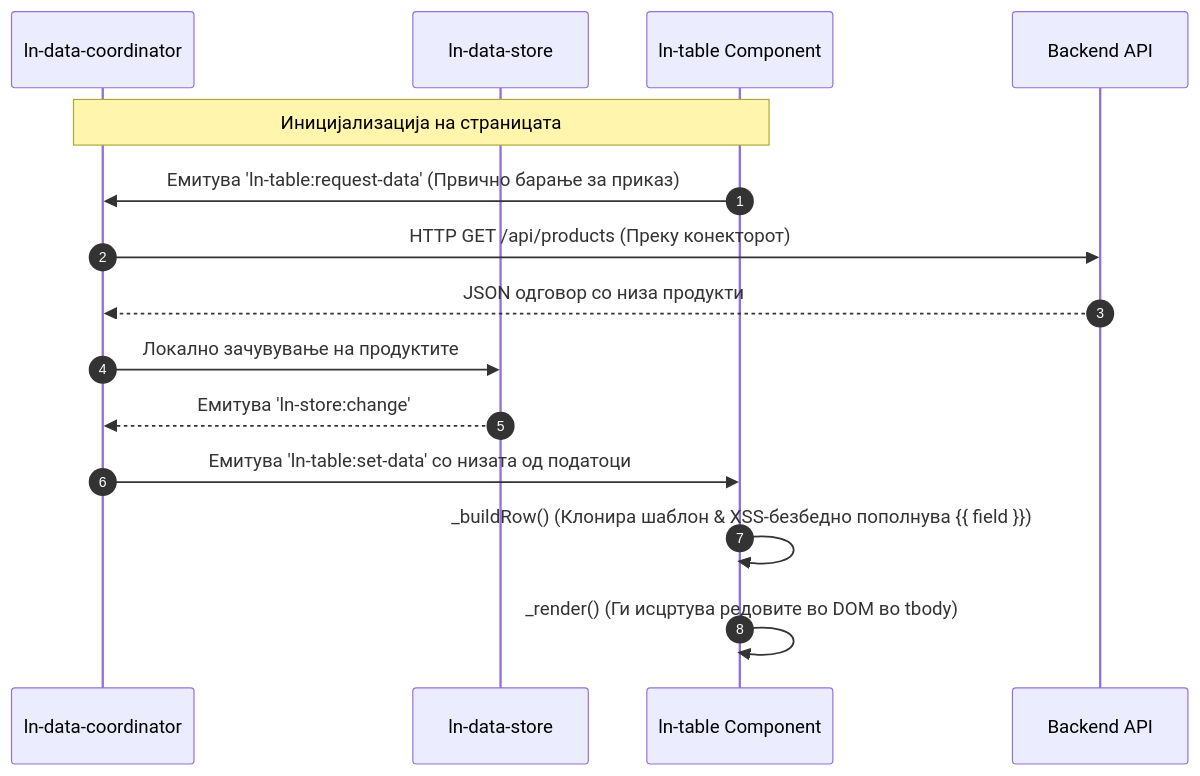
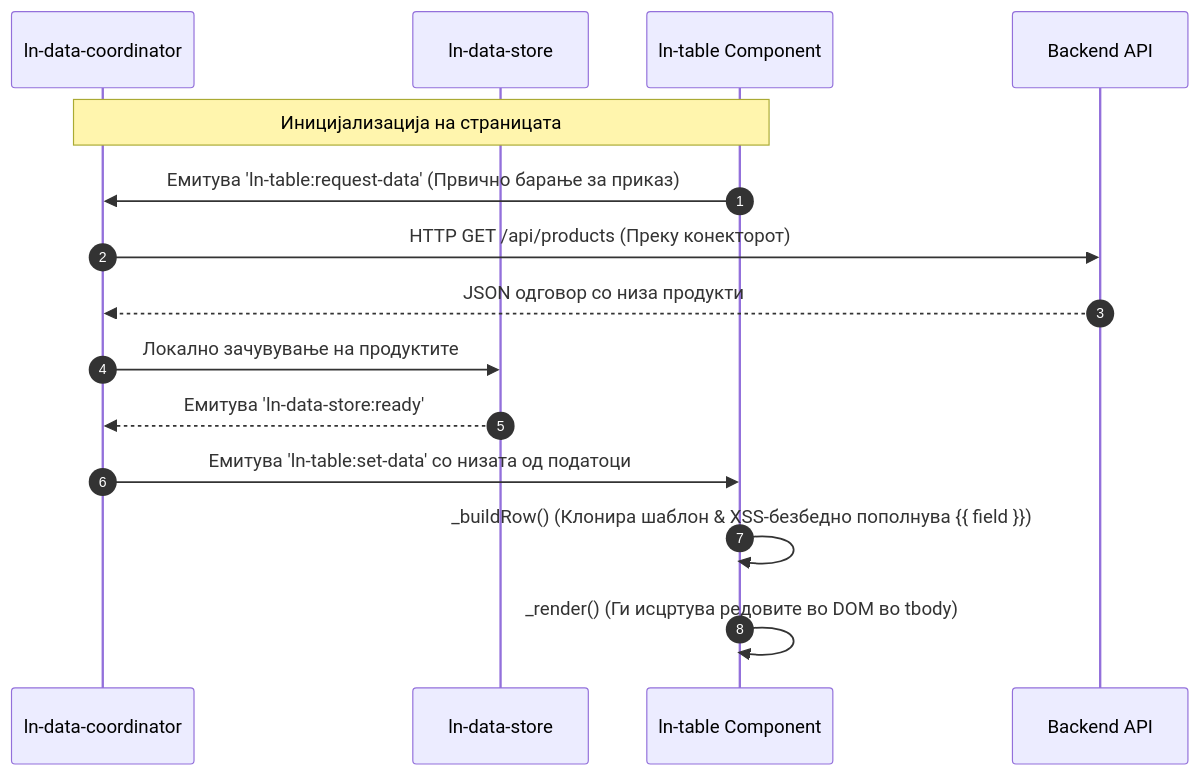
One commit to livenetworks/ln-ashlar changed the second of 4 diagrams in architecture_docs_draft/components/ln-table.md. Above: the diagram before and after it, drawn with Mermaid. The commit also changed other lines of this file and 58 other files, not shown here.

Commit message:
refactor(data-store): rename events to ln-data-store:* across components, demo, and docs

````diff
--- a/architecture_docs_draft/components/ln-table.md
+++ b/architecture_docs_draft/components/ln-table.md
@@ -167,18 +167,18 @@
 ```mermaid
 sequenceDiagram
     autonumber
     participant Coord as ln-data-coordinator
     participant Store as ln-data-store
     participant Table as ln-table Component
     participant Server as Backend API
 
     Note over Coord, Table: Иницијализација на страницата
     Table->>Coord: Емитува 'ln-table:request-data' (Првично барање за приказ)
     Coord->>Server: HTTP GET /api/products (Преку конекторот)
     Server-->>Coord: JSON одговор со низа продукти
     Coord->>Store: Локално зачувување на продуктите
-    Store-->>Coord: Емитува 'ln-store:change'
+    Store-->>Coord: Емитува 'ln-data-store:ready'
     Coord->>Table: Емитува 'ln-table:set-data' со низата од податоци
     Table->>Table: _buildRow() (Клонира шаблон & XSS-безбедно пополнува {{ field }})
     Table->>Table: _render() (Ги исцртува редовите во DOM во tbody)
 ```
````
